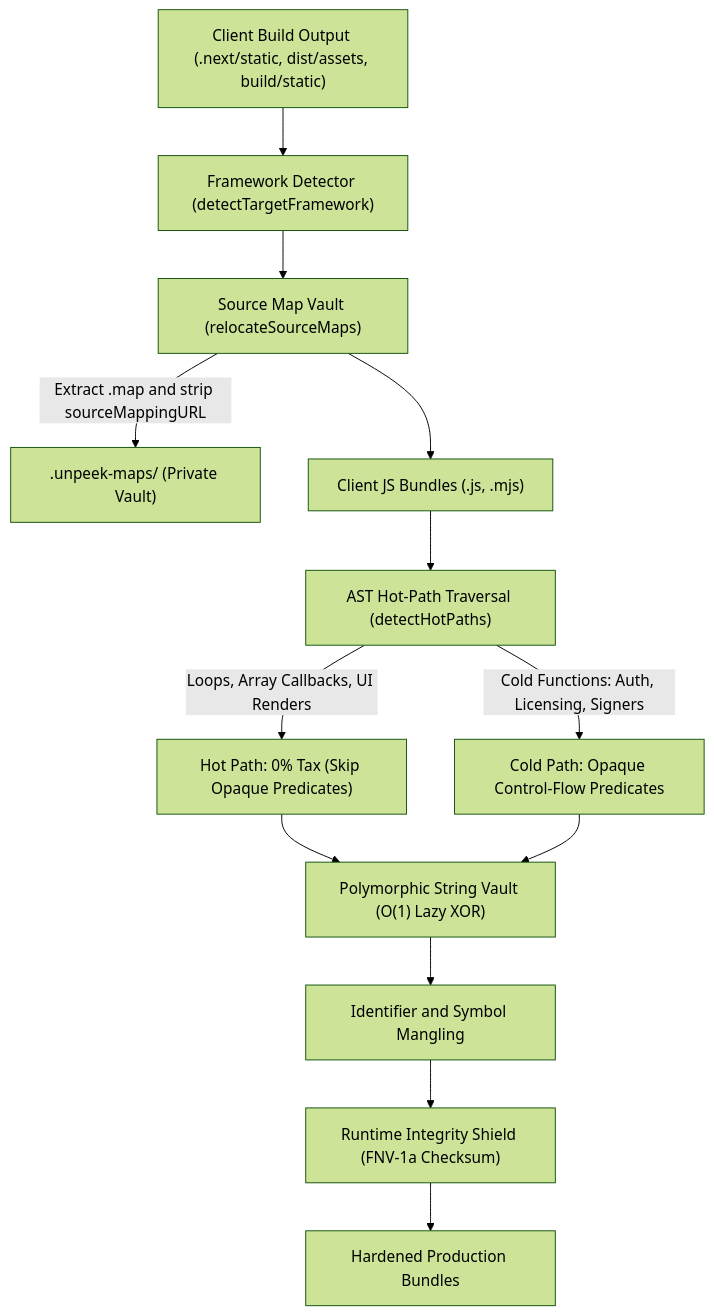
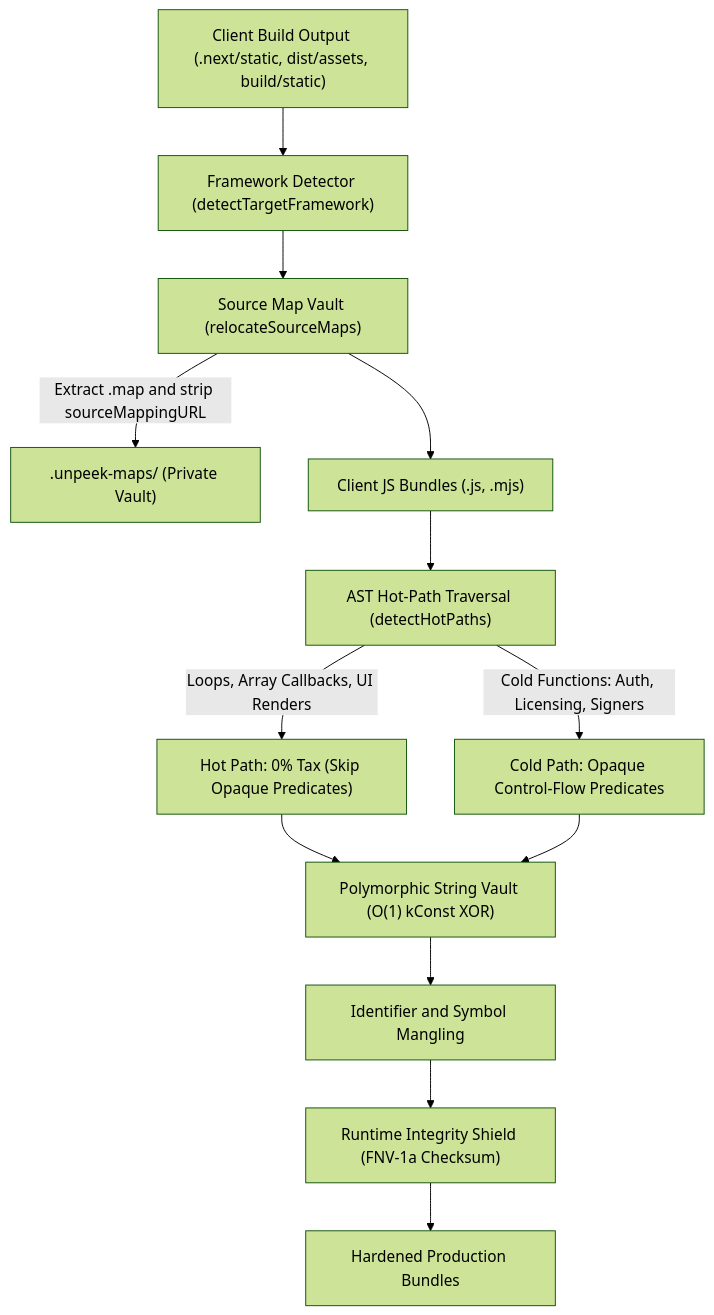
Before and after one commit to Woffluon/unpeek: the diagram in README.md, drawn with Mermaid (forest theme). The commit also changed other lines of this file and 20 other files, not shown here.

Commit message:
feat: harden call-graph scoping, vault tamper entanglement, and align docs

````diff
--- a/README.md
+++ b/README.md
@@ -47,15 +47,15 @@
 ```mermaid
 flowchart TD
   A["Client Build Output (.next/static, dist/assets, build/static)"] --> B["Framework Detector (detectTargetFramework)"]
   B --> C["Source Map Vault (relocateSourceMaps)"]
   C -->|Extract .map and strip sourceMappingURL| D[".unpeek-maps/ (Private Vault)"]
   C --> E["Client JS Bundles (.js, .mjs)"]
   E --> F["AST Hot-Path Traversal (detectHotPaths)"]
   F -->|Loops, Array Callbacks, UI Renders| G["Hot Path: 0% Tax (Skip Opaque Predicates)"]
   F -->|Cold Functions: Auth, Licensing, Signers| H["Cold Path: Opaque Control-Flow Predicates"]
-  G --> I["Polymorphic String Vault (O(1) Lazy XOR)"]
+  G --> I["Polymorphic String Vault (O(1) kConst XOR)"]
   H --> I
   I --> J["Identifier and Symbol Mangling"]
   J --> K["Runtime Integrity Shield (FNV-1a Checksum)"]
   K --> L["Hardened Production Bundles"]
 ```
````
